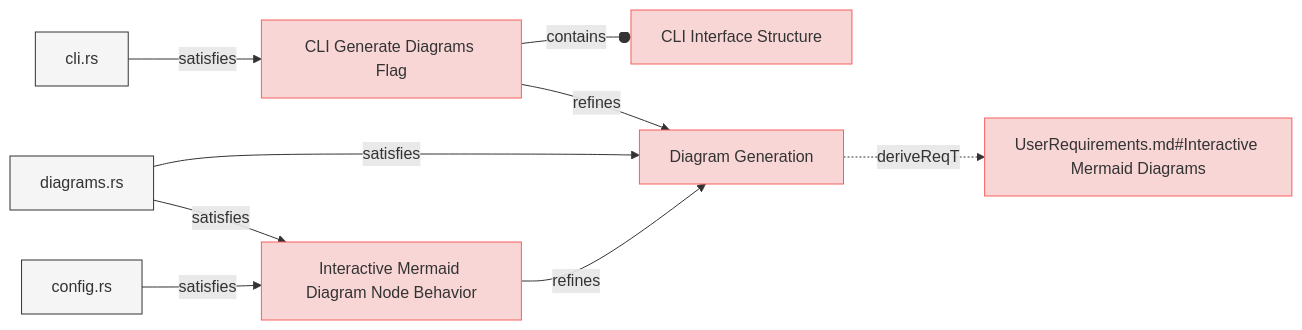
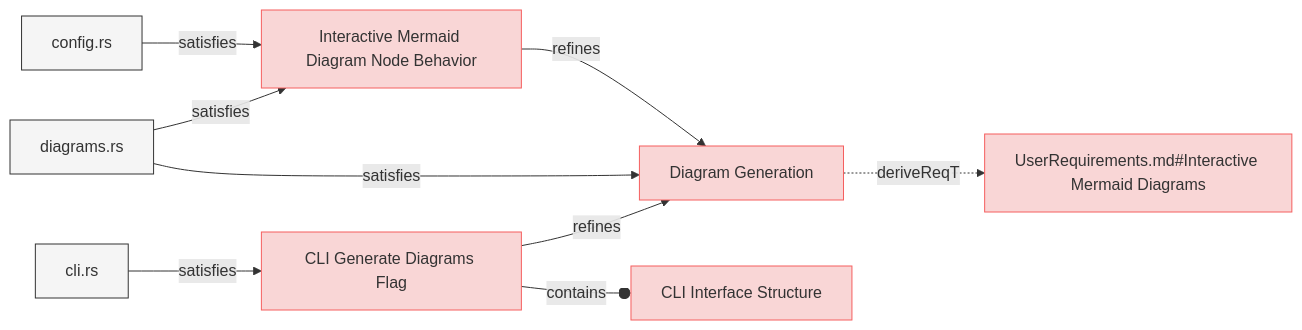
One commit to reqvire-org/reqvire changed the eighth of 8 diagrams in specifications/SystemRequirements/Requirements.md. Above: the diagram before and after it, drawn with Mermaid. The commit also changed other lines of this file and 14 other files, not shown here.

````diff
--- a/specifications/SystemRequirements/Requirements.md
+++ b/specifications/SystemRequirements/Requirements.md
@@ -1452,44 +1456,44 @@
 ```mermaid
 graph LR;
   %% Graph styling
   classDef requirement fill:#f9d6d6,stroke:#f55f5f,stroke-width:1px;
   classDef verification fill:#d6f9d6,stroke:#5fd75f,stroke-width:1px;
   classDef externalLink fill:#d0e0ff,stroke:#3080ff,stroke-width:1px;
   classDef default fill:#f5f5f5,stroke:#333333,stroke-width:1px;
 
+  7223dec8fe51900f["CLI Generate Diagrams Flag"];
+  class 7223dec8fe51900f requirement;
+  click 7223dec8fe51900f "Requirements.md#cli-generate-diagrams-flag";
+  e9aee7d9477f4abe["Diagram Generation"];
+  class e9aee7d9477f4abe requirement;
+  click e9aee7d9477f4abe "Requirements.md#diagram-generation";
+  7223dec8fe51900f -->|refines| e9aee7d9477f4abe;
+  8f22faacdb454b23["CLI Interface Structure"];
+  class 8f22faacdb454b23 requirement;
+  click 8f22faacdb454b23 "Requirements.md#cli-interface-structure";
+  7223dec8fe51900f --o|contains| 8f22faacdb454b23;
+  80defdd4cbc7ee18["cli.rs"];
+  class 80defdd4cbc7ee18 default;
+  click 80defdd4cbc7ee18 "../../cli/src/cli.rs";
+  80defdd4cbc7ee18 -->|satisfies| 7223dec8fe51900f;
+  eedf6d6d3d2354d9["UserRequirements.md#Interactive Mermaid Diagrams"];
+  class eedf6d6d3d2354d9 requirement;
+  click eedf6d6d3d2354d9 "../UserRequirements.md#interactive-mermaid-diagrams";
+  e9aee7d9477f4abe -.->|deriveReqT| eedf6d6d3d2354d9;
+  dad7eeb932afdb92["diagrams.rs"];
+  class dad7eeb932afdb92 default;
+  click dad7eeb932afdb92 "../../core/src/diagrams.rs";
+  dad7eeb932afdb92 -->|satisfies| e9aee7d9477f4abe;
   8fc99a6457ac5a6b["Interactive Mermaid Diagram Node Behavior"];
   class 8fc99a6457ac5a6b requirement;
   click 8fc99a6457ac5a6b "Requirements.md#interactive-mermaid-diagram-node-behavior";
-  e9aee7d9477f4abe["Diagram Generation"];
-  class e9aee7d9477f4abe requirement;
-  click e9aee7d9477f4abe "Requirements.md#diagram-generation";
   8fc99a6457ac5a6b -->|refines| e9aee7d9477f4abe;
   dad7eeb932afdb92["diagrams.rs"];
   class dad7eeb932afdb92 default;
   click dad7eeb932afdb92 "../../core/src/diagrams.rs";
   dad7eeb932afdb92 -->|satisfies| 8fc99a6457ac5a6b;
   8419dcc77d92b609["config.rs"];
   class 8419dcc77d92b609 default;
   click 8419dcc77d92b609 "../../cli/src/config.rs";
   8419dcc77d92b609 -->|satisfies| 8fc99a6457ac5a6b;
-  eedf6d6d3d2354d9["UserRequirements.md#Interactive Mermaid Diagrams"];
-  class eedf6d6d3d2354d9 requirement;
-  click eedf6d6d3d2354d9 "../UserRequirements.md#interactive-mermaid-diagrams";
-  e9aee7d9477f4abe -.->|deriveReqT| eedf6d6d3d2354d9;
-  dad7eeb932afdb92["diagrams.rs"];
-  class dad7eeb932afdb92 default;
-  click dad7eeb932afdb92 "../../core/src/diagrams.rs";
-  dad7eeb932afdb92 -->|satisfies| e9aee7d9477f4abe;
-  7223dec8fe51900f["CLI Generate Diagrams Flag"];
-  class 7223dec8fe51900f requirement;
-  click 7223dec8fe51900f "Requirements.md#cli-generate-diagrams-flag";
-  7223dec8fe51900f -->|refines| e9aee7d9477f4abe;
-  8f22faacdb454b23["CLI Interface Structure"];
-  class 8f22faacdb454b23 requirement;
-  click 8f22faacdb454b23 "Requirements.md#cli-interface-structure";
-  7223dec8fe51900f --o|contains| 8f22faacdb454b23;
-  80defdd4cbc7ee18["cli.rs"];
-  class 80defdd4cbc7ee18 default;
-  click 80defdd4cbc7ee18 "../../cli/src/cli.rs";
-  80defdd4cbc7ee18 -->|satisfies| 7223dec8fe51900f;
 ```
````
